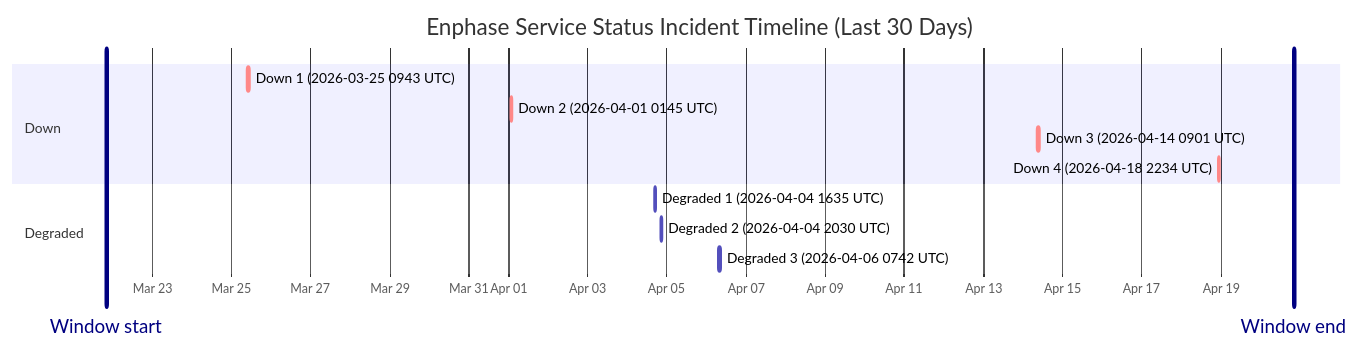
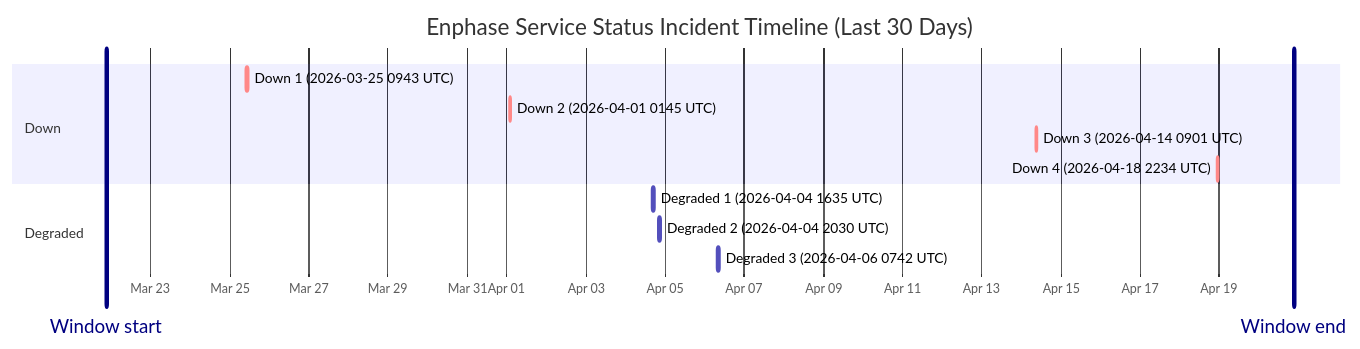
The diagram in wiki/Service-Status-History.md (barneyonline/ha-enphase-ev-charger), drawn with Mermaid before and after one commit. The commit also changed other lines of this file and 3 other files, not shown here.

````diff
--- a/wiki/Service-Status-History.md
+++ b/wiki/Service-Status-History.md
@@ -14,17 +14,17 @@
 ```mermaid
 gantt
     title Enphase Service Status Incident Timeline (Last 30 Days)
     dateFormat  YYYY-MM-DDTHH:mm:ss
     axisFormat  %b %d
-    Window start :vert, window-start, 2026-03-21T20:09:47, 0ms
-    Window end :vert, window-end, 2026-04-20T20:09:47, 0ms
+    Window start :vert, window-start, 2026-03-21T21:10:31, 0ms
+    Window end :vert, window-end, 2026-04-20T21:10:31, 0ms
     section Down
     Down 1 (2026-03-25 0943 UTC) :crit, down-1, 2026-03-25T09:43:28, 111m
     Down 2 (2026-04-01 0145 UTC) :crit, down-2, 2026-04-01T01:45:09, 60m
     Down 3 (2026-04-14 0901 UTC) :crit, down-3, 2026-04-14T09:01:13, 60m
     Down 4 (2026-04-18 2234 UTC) :crit, down-4, 2026-04-18T22:34:13, 60m
     section Degraded
     Degraded 1 (2026-04-04 1635 UTC) :active, degraded-1, 2026-04-04T16:35:17, 60m
     Degraded 2 (2026-04-04 2030 UTC) :active, degraded-2, 2026-04-04T20:30:40, 60m
     Degraded 3 (2026-04-06 0742 UTC) :active, degraded-3, 2026-04-06T07:42:09, 85m
 ```
````
